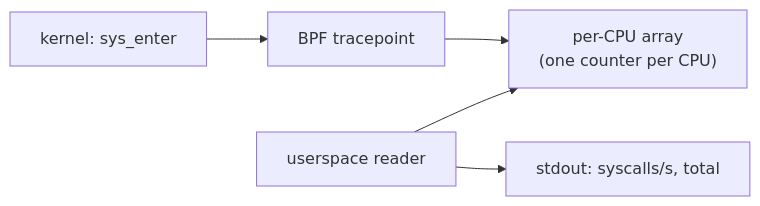
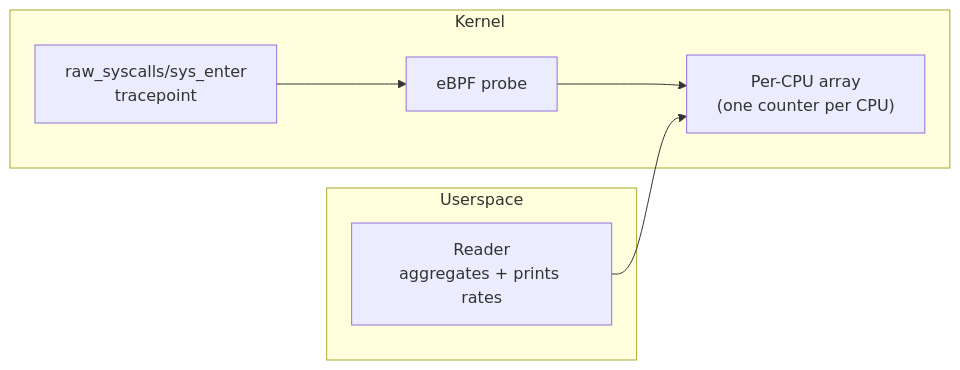
One commit to kyleseneker/tinybpf changed the diagram in examples/percpu-counter/README.md. Above: the diagram before and after it, drawn with Mermaid. The commit also changed other lines of this file and 5 other files, not shown here.

````diff
--- a/examples/percpu-counter/README.md
+++ b/examples/percpu-counter/README.md
@@ -5,7 +5,10 @@
 ```mermaid
 graph LR
-    A["kernel: sys_enter"] --> B["BPF tracepoint"]
-    B --> C["per-CPU array<br/>(one counter per CPU)"]
-    D["userspace reader"] --> C
-    D --> E["stdout: syscalls/s, total"]
+    subgraph Kernel
+        A["raw_syscalls/sys_enter<br>tracepoint"] --> B["eBPF probe"]
+        B --> C["Per-CPU array<br>(one counter per CPU)"]
+    end
+    subgraph Userspace
+        D["Reader<br>aggregates + prints rates"] --> C
+    end
 ```
````
